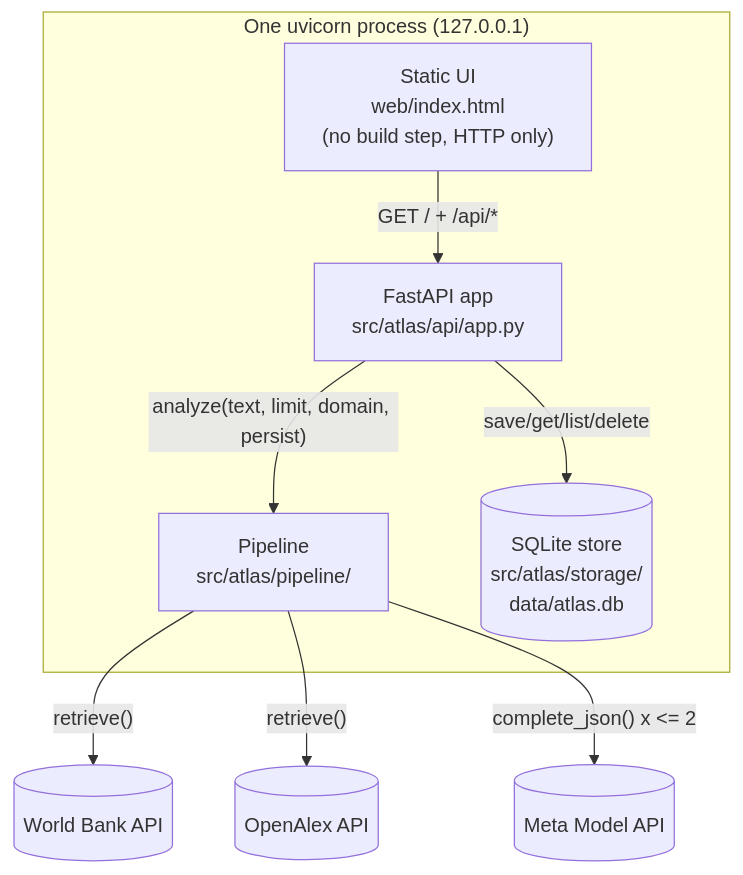
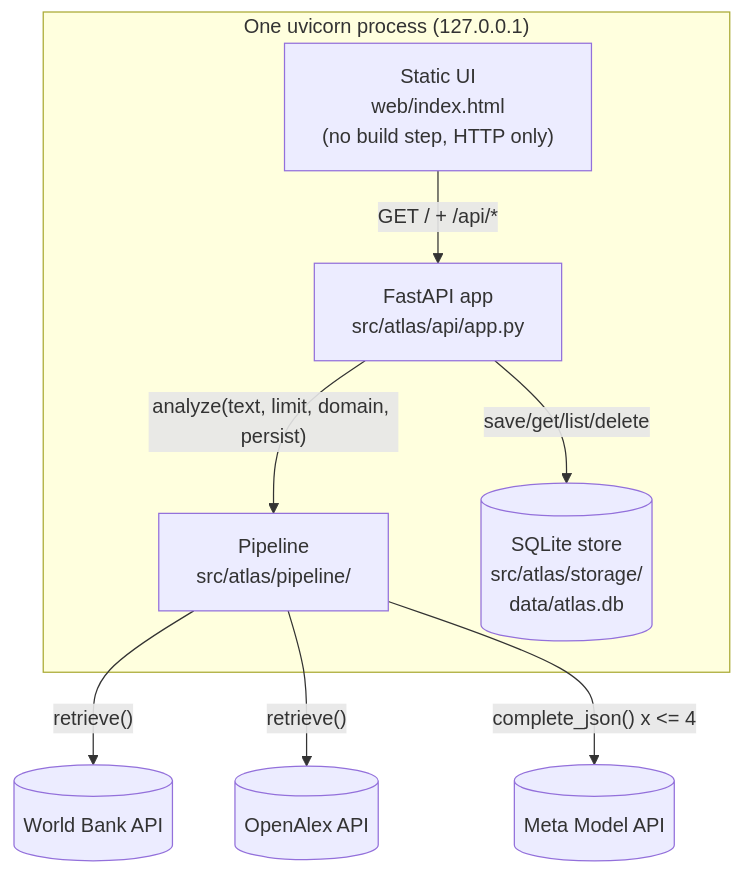
The second of 7 diagrams in docs/ARCHITECTURE.md (kiltro-dev/evidence-platform), drawn with Mermaid before and after one commit. The commit also changed other lines of this file and 47 other files, not shown here.

````diff
--- a/docs/ARCHITECTURE.md
+++ b/docs/ARCHITECTURE.md
@@ -33,19 +33,19 @@
 ```mermaid
 flowchart TB
     subgraph proc["One uvicorn process (127.0.0.1)"]
         ui["Static UI<br/>web/index.html<br/>(no build step, HTTP only)"]
         api["FastAPI app<br/>src/atlas/api/app.py"]
         pipe["Pipeline<br/>src/atlas/pipeline/"]
         store[("SQLite store<br/>src/atlas/storage/<br/>data/atlas.db")]
     end
     wb[("World Bank API")]
     oa[("OpenAlex API")]
     meta[("Meta Model API")]
 
     ui -- "GET / + /api/*" --> api
     api -- "analyze(text, limit, domain, persist)" --> pipe
     api -- "save/get/list/delete" --> store
     pipe -- "retrieve()" --> wb
     pipe -- "retrieve()" --> oa
-    pipe -- "complete_json() x <= 2" --> meta
+    pipe -- "complete_json() x <= 4" --> meta
 ```
````
